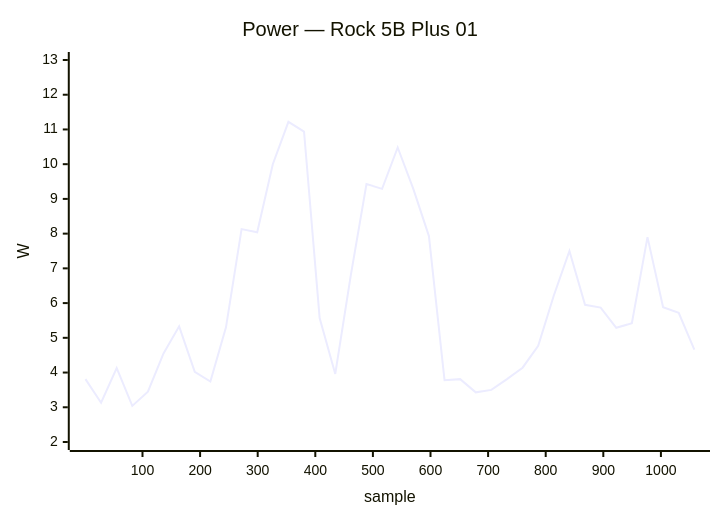
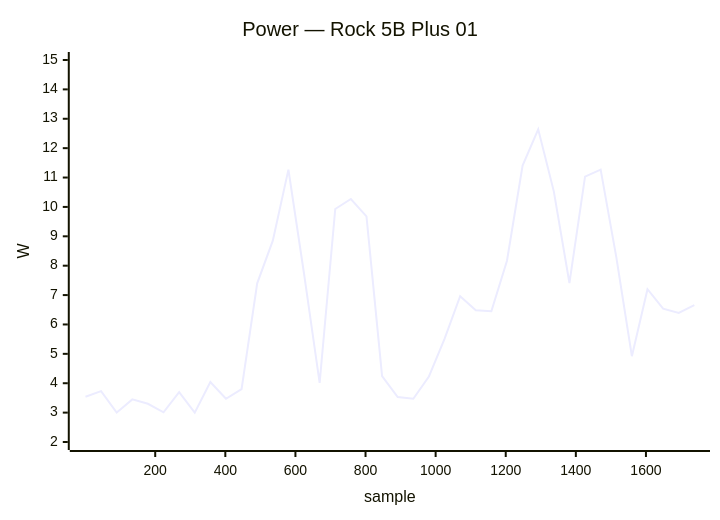
One commit to armbian/documentation changed the fourth of 34 diagrams in docs/status/board-tests.md. Above: the diagram before and after it, drawn with Mermaid. The commit also changed other lines of this file, not shown here.

````diff
--- a/docs/status/board-tests.md
+++ b/docs/status/board-tests.md
@@ -328,7 +242,7 @@
 ```mermaid
 xychart-beta
     title "Power — Rock 5B Plus 01"
-    x-axis "sample" 1 --> 1058
-    y-axis "W" 2.0 --> 13.0
-    line [3.81, 3.13, 4.13, 3.04, 3.45, 4.55, 5.33, 4.02, 3.74, 5.30, 8.13, 8.04, 10.00, 11.22, 10.94, 5.57, 3.96, 6.81, 9.43, 9.29, 10.48, 9.29, 7.93, 3.78, 3.81, 3.43, 3.50, 3.81, 4.14, 4.77, 6.22, 7.50, 5.95, 5.87, 5.29, 5.42, 7.90, 5.88, 5.72, 4.66]
+    x-axis "sample" 1 --> 1738
+    y-axis "W" 2.0 --> 15.0
+    line [3.54, 3.73, 3.00, 3.45, 3.30, 3.01, 3.70, 3.00, 4.04, 3.47, 3.80, 7.40, 8.85, 11.27, 7.73, 4.01, 9.93, 10.27, 9.68, 4.24, 3.53, 3.47, 4.23, 5.51, 6.96, 6.48, 6.45, 8.17, 11.41, 12.64, 10.53, 7.41, 11.03, 11.27, 8.30, 4.92, 7.20, 6.54, 6.39, 6.66]
 ```
````
